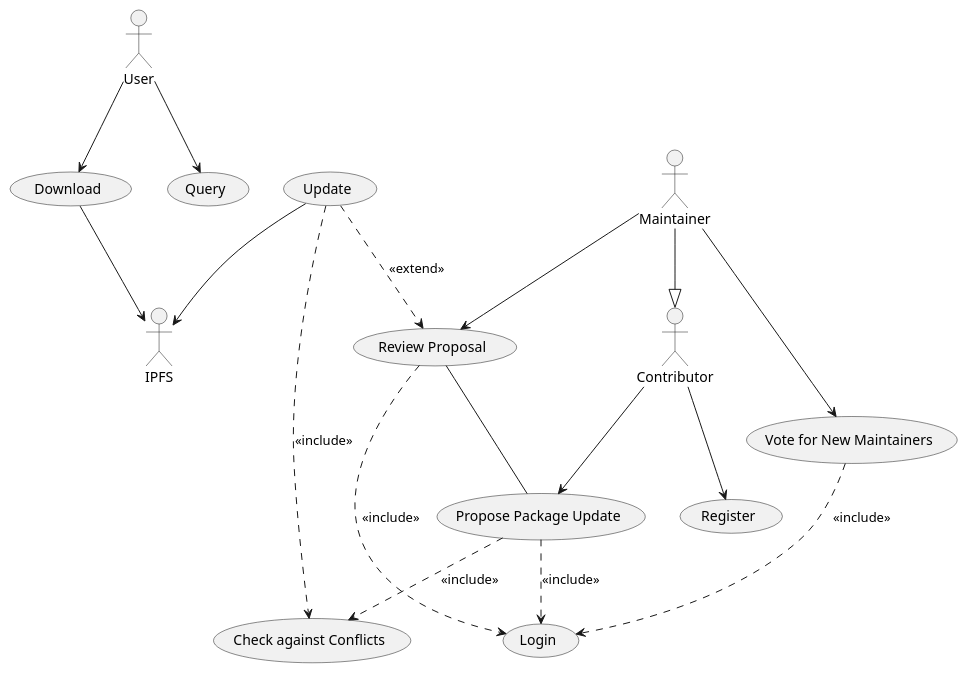
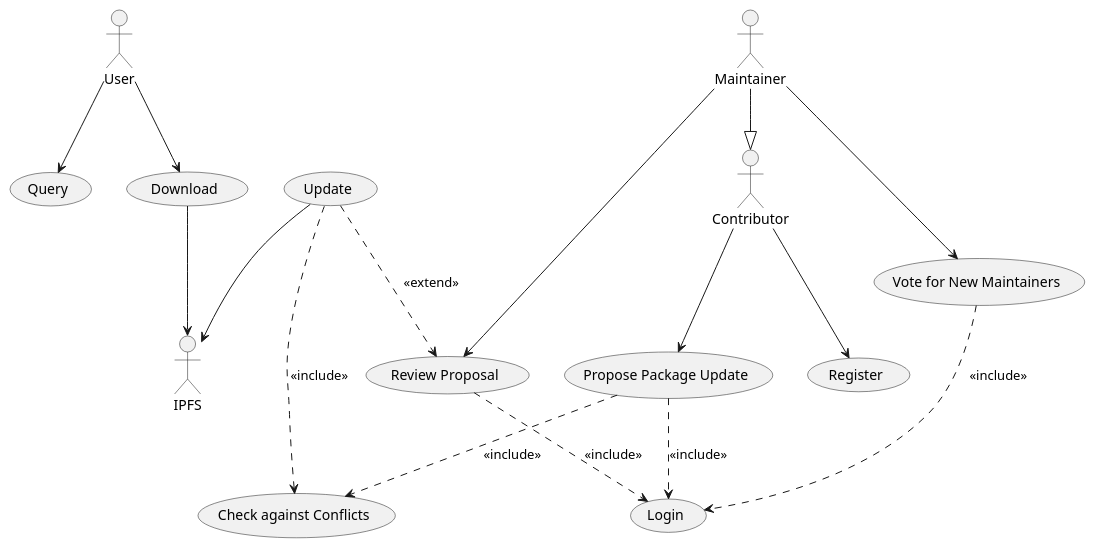
The diagram in docs/source/requirements/use-case-model.rst (McSinyx/ipppi), drawn with PlantUML before and after one commit. The commit also changed 3 other files, not shown here.

```diff
--- a/docs/source/requirements/use-case-model.rst
+++ b/docs/source/requirements/use-case-model.rst
@@ -4,40 +4,39 @@
 .. uml::
 
    actor User
    actor Contributor
    actor Maintainer
    actor IPFS
 
    usecase Download
    usecase Query
 
    usecase Register
    usecase Login
    usecase "Vote for New Maintainers" as Vote
 
    usecase "Propose Package Update" as Propose
    usecase "Check against Conflicts" as Check
    usecase "Review Proposal" as Review
    usecase Update
 
    User --> Query
    User --> Download
    Download --> IPFS
 
-   Maintainer --> Review
-   Review -- Propose
-   Review ..> Login : <<include>>
-
-   Update ..> Review : <<extend>>
-   Update ..> Check : <<include>>
-   Update --> IPFS
-
    Maintainer --> Vote
    Vote ..> Login : <<include>>
 
    Maintainer --|> Contributor
    Contributor --> Register
 
    Contributor --> Propose
    Propose ..> Login : <<include>>
    Propose ..> Check : <<include>>
+
+   Maintainer --> Review
+   Review ..> Login : <<include>>
+
+   Update ..> Review : <<extend>>
+   Update ..> Check : <<include>>
+   Update --> IPFS
```
